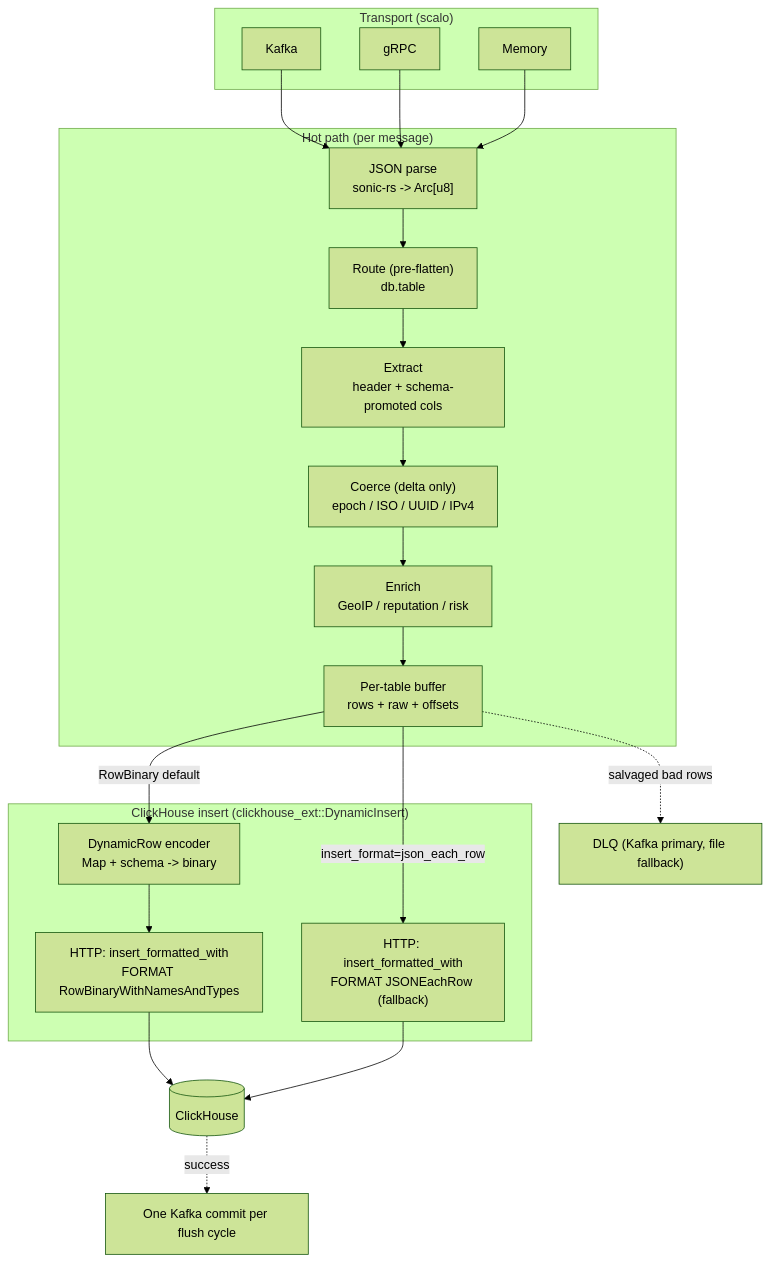
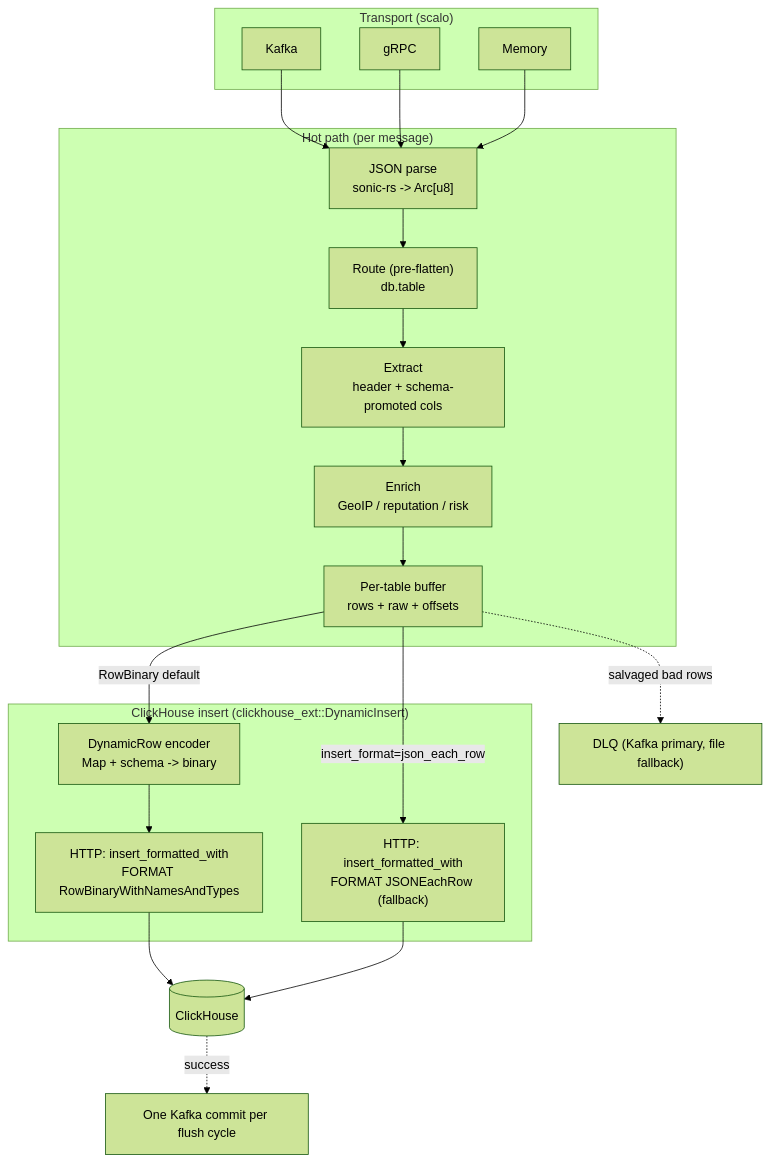
The diagram in docs/README.md (hyperi-io/dfe-loader), drawn with Mermaid (forest theme) before and after one commit. The commit also changed other lines of this file and 19 other files, not shown here.

````diff
--- a/docs/README.md
+++ b/docs/README.md
@@ -42,33 +42,32 @@
 ```mermaid
 flowchart TB
     subgraph Ingress["Transport (scalo)"]
         K["Kafka"]
         G["gRPC"]
         M["Memory"]
     end
 
     subgraph Hot["Hot path (per message)"]
         P["JSON parse<br/>sonic-rs -> Arc[u8]"]
         R["Route (pre-flatten)<br/>db.table"]
         X["Extract<br/>header + schema-promoted cols"]
-        C["Coerce (delta only)<br/>epoch / ISO / UUID / IPv4"]
         E["Enrich<br/>GeoIP / reputation / risk"]
         B["Per-table buffer<br/>rows + raw + offsets"]
     end
 
     subgraph Sink["ClickHouse insert (clickhouse_ext::DynamicInsert)"]
         CE["DynamicRow encoder<br/>Map + schema -> binary"]
         HTTP["HTTP: insert_formatted_with<br/>FORMAT RowBinaryWithNamesAndTypes"]
         JF["HTTP: insert_formatted_with<br/>FORMAT JSONEachRow (fallback)"]
     end
 
     CH[("ClickHouse")]
     DLQ["DLQ (Kafka primary, file fallback)"]
 
-    K & G & M --> P --> R --> X --> C --> E --> B
+    K & G & M --> P --> R --> X --> E --> B
     B -->|RowBinary default| CE
     CE --> HTTP --> CH
     B -->|insert_format=json_each_row| JF --> CH
     B -.salvaged bad rows.-> DLQ
     CH -.success.-> Commit["One Kafka commit per flush cycle"]
 ```
````
